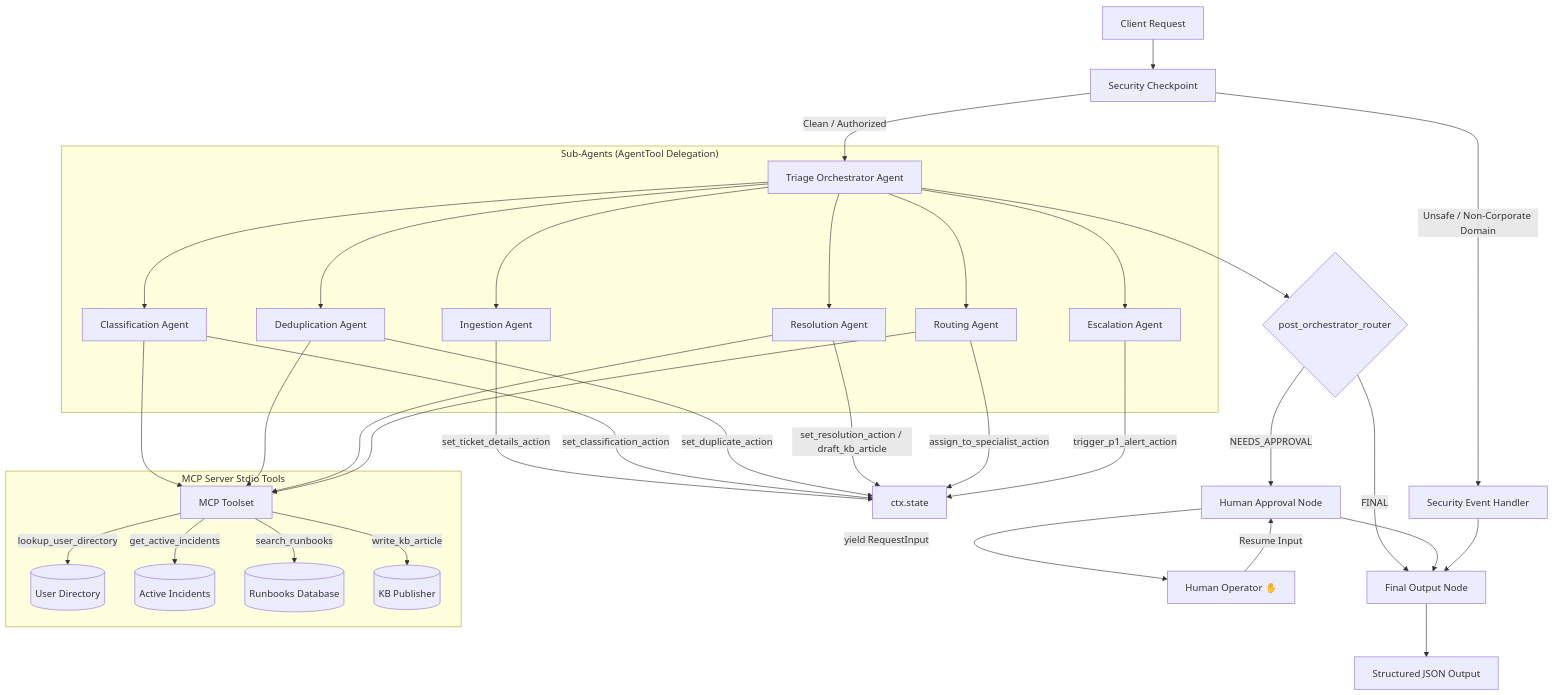
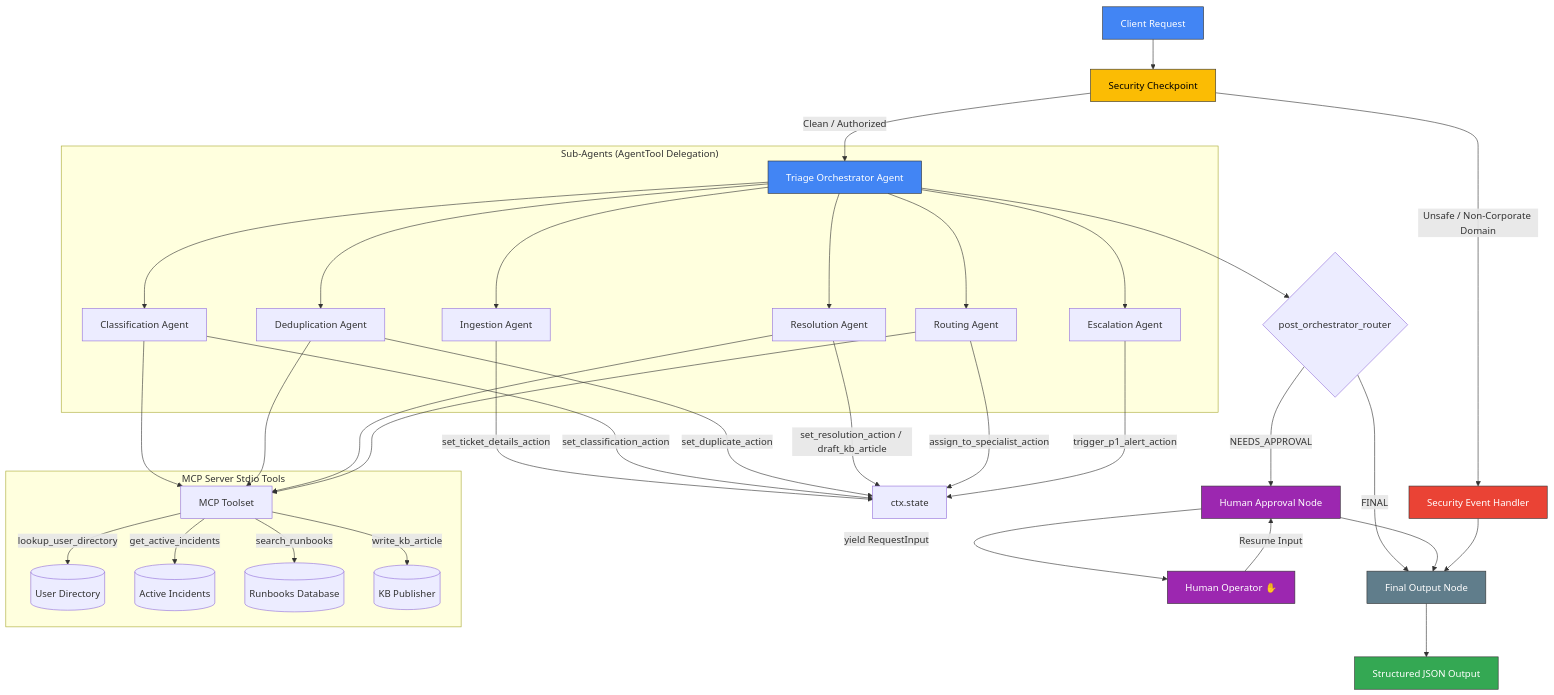
One commit to gururajpanse/TicketPilot changed the diagram in README.md. Above: the diagram before and after it, drawn with Mermaid. The commit also changed other lines of this file, not shown here.

````diff
--- a/README.md
+++ b/README.md
@@ -27,40 +42,49 @@
 ```mermaid
 graph TD
     START[Client Request] --> SEC[Security Checkpoint]
     SEC -->|Unsafe / Non-Corporate Domain| SEC_EV[Security Event Handler]
     SEC -->|Clean / Authorized| ORCH[Triage Orchestrator Agent]
     
     subgraph "Sub-Agents (AgentTool Delegation)"
         ORCH --> ING[Ingestion Agent]
         ORCH --> CLS[Classification Agent]
         ORCH --> ESC[Escalation Agent]
         ORCH --> DED[Deduplication Agent]
         ORCH --> RES[Resolution Agent]
         ORCH --> RTE[Routing Agent]
     end
     
     subgraph "MCP Server Stdio Tools"
         CLS & DED & RES & RTE --> MCP[MCP Toolset]
         MCP -->|lookup_user_directory| DIR[(User Directory)]
         MCP -->|get_active_incidents| INC[(Active Incidents)]
         MCP -->|search_runbooks| RUN[(Runbooks Database)]
         MCP -->|write_kb_article| WRI[(KB Publisher)]
     end
 
     ING -->|set_ticket_details_action| ST[ctx.state]
     CLS -->|set_classification_action| ST
     DED -->|set_duplicate_action| ST
     RES -->|set_resolution_action / draft_kb_article| ST
     RTE -->|assign_to_specialist_action| ST
     ESC -->|trigger_p1_alert_action| ST
 
     ORCH --> ROUTE{post_orchestrator_router}
     ROUTE -->|NEEDS_APPROVAL| HITL[Human Approval Node]
     ROUTE -->|FINAL| OUT[Final Output Node]
     
     HITL -->|yield RequestInput| USER[Human Operator ✋]
     USER -->|Resume Input| HITL
     HITL --> OUT
     SEC_EV --> OUT
     OUT --> END[Structured JSON Output]
+
+    style START fill:#4285F4,stroke:#333,color:#fff
+    style SEC fill:#FBBC04,stroke:#333,color:#000
+    style SEC_EV fill:#EA4335,stroke:#333,color:#fff
+    style ORCH fill:#4285F4,stroke:#333,color:#fff
+    style HITL fill:#9C27B0,stroke:#333,color:#fff
+    style USER fill:#9C27B0,stroke:#333,color:#fff
+    style OUT fill:#607D8B,stroke:#333,color:#fff
+    style END fill:#34A853,stroke:#333,color:#fff
 ```
````
